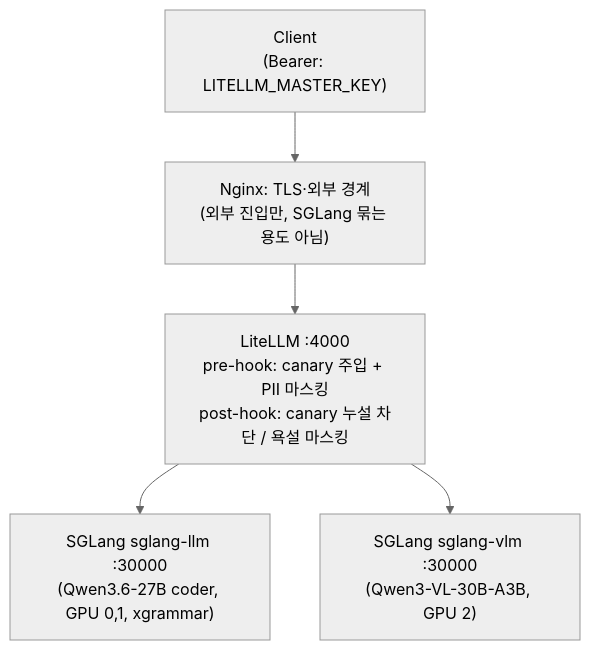
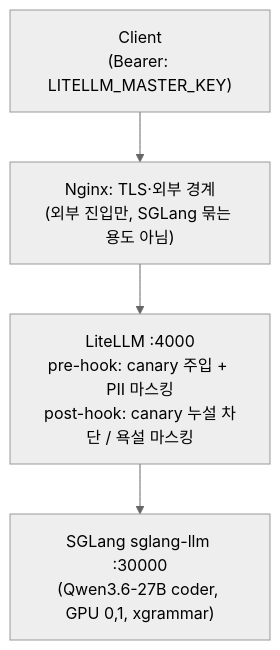
The first of 2 diagrams in .docs/5-인프라셋팅/llm서빙-sglang-litellm.md (Danwoo/fintech-ai-platform), drawn with Mermaid (neutral theme) before and after one commit. The commit also changed other lines of this file and 2 other files, not shown here.

First line of the commit message:
docs(infra): litellm 의 죽은 sglang-vlm 참조 제거 — 설정·문서를 실물과 정합

````diff
--- a/.docs/5-인프라셋팅/llm서빙-sglang-litellm.md
+++ b/.docs/5-인프라셋팅/llm서빙-sglang-litellm.md
@@ -13,7 +13,6 @@
 ```mermaid
 flowchart TD
     CLI["Client<br/>(Bearer: LITELLM_MASTER_KEY)"] --> NGX["Nginx: TLS·외부 경계<br/>(외부 진입만, SGLang 묶는 용도 아님)"]
     NGX --> LT["LiteLLM :4000<br/>pre-hook: canary 주입 + PII 마스킹<br/>post-hook: canary 누설 차단 / 욕설 마스킹"]
     LT --> LLM["SGLang sglang-llm :30000<br/>(Qwen3.6-27B coder, GPU 0,1, xgrammar)"]
-    LT --> VLM["SGLang sglang-vlm :30000<br/>(Qwen3-VL-30B-A3B, GPU 2)"]
 ```
````
